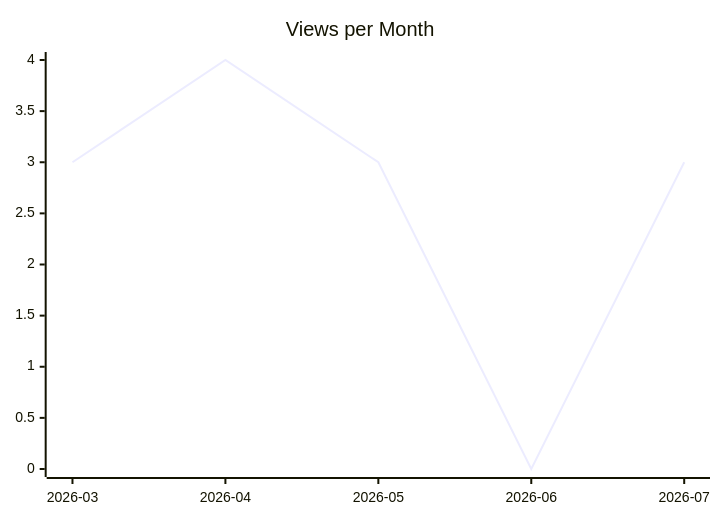
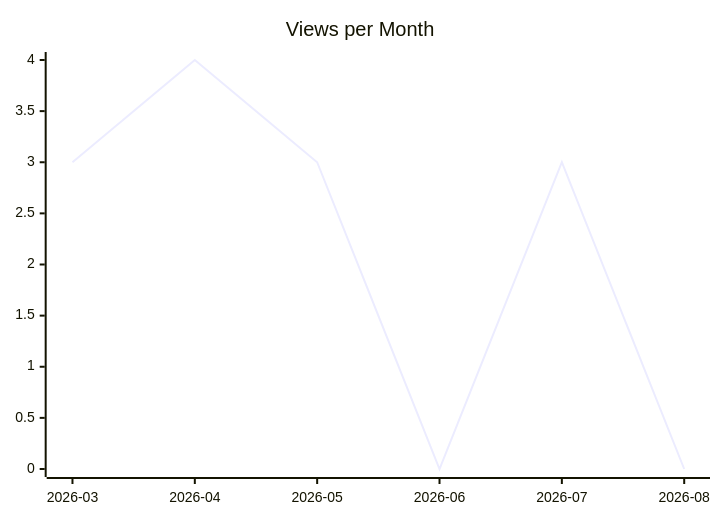
The second of 3 diagrams in karlmdavis/kxml2/README.md (justdavis-family/github-analytics-data), drawn with Mermaid before and after one commit. The commit also changed other lines of this file and 180 other files, not shown here.

````diff
--- a/karlmdavis/kxml2/README.md
+++ b/karlmdavis/kxml2/README.md
@@ -12,6 +12,6 @@
 ```mermaid
 xychart-beta
   title "Views per Month"
-  x-axis ["2026-03", "2026-04", "2026-05", "2026-06", "2026-07"]
-  line [3, 4, 3, 0, 3]
+  x-axis ["2026-03", "2026-04", "2026-05", "2026-06", "2026-07", "2026-08"]
+  line [3, 4, 3, 0, 3, 0]
 ```
````
